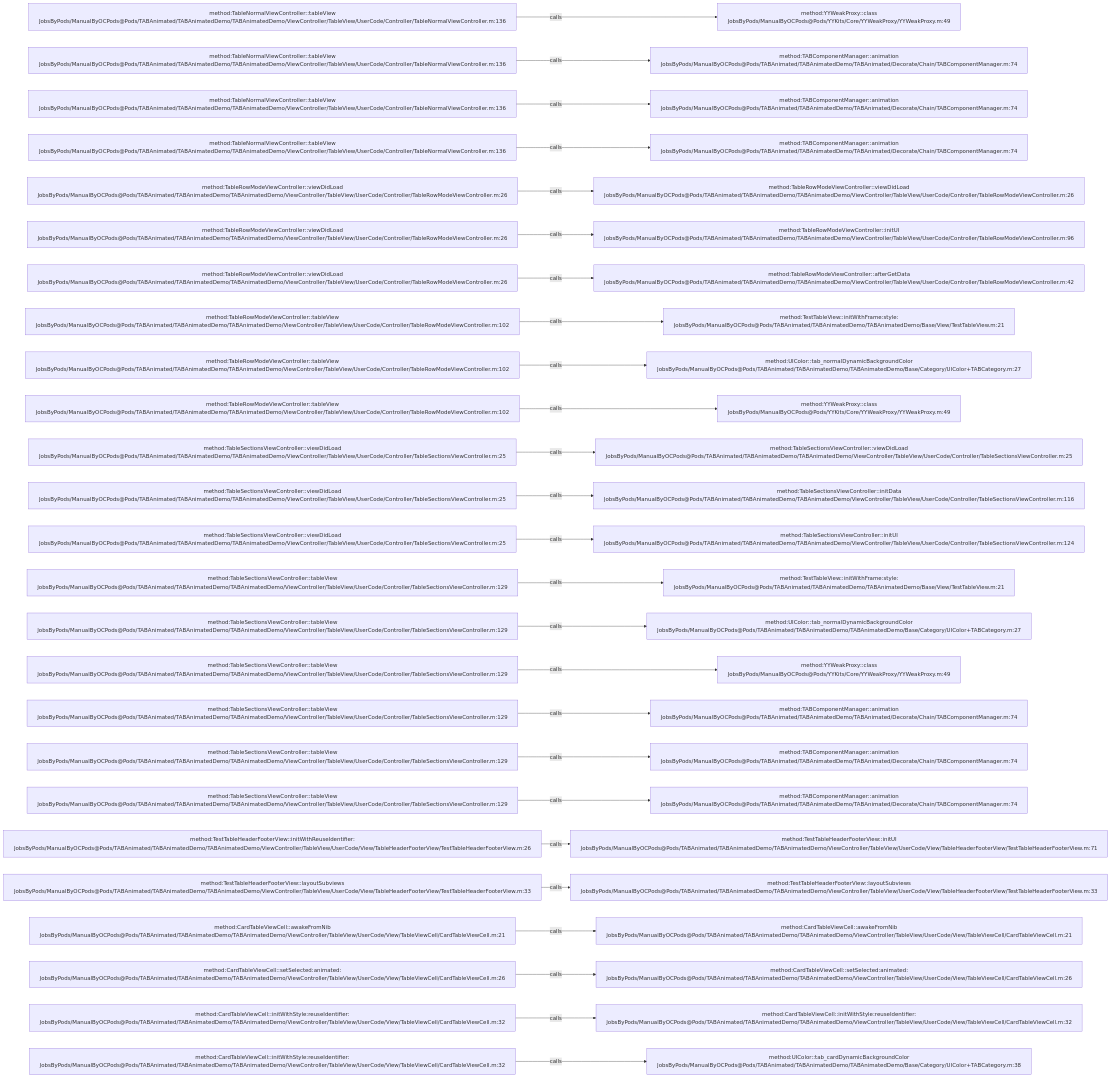
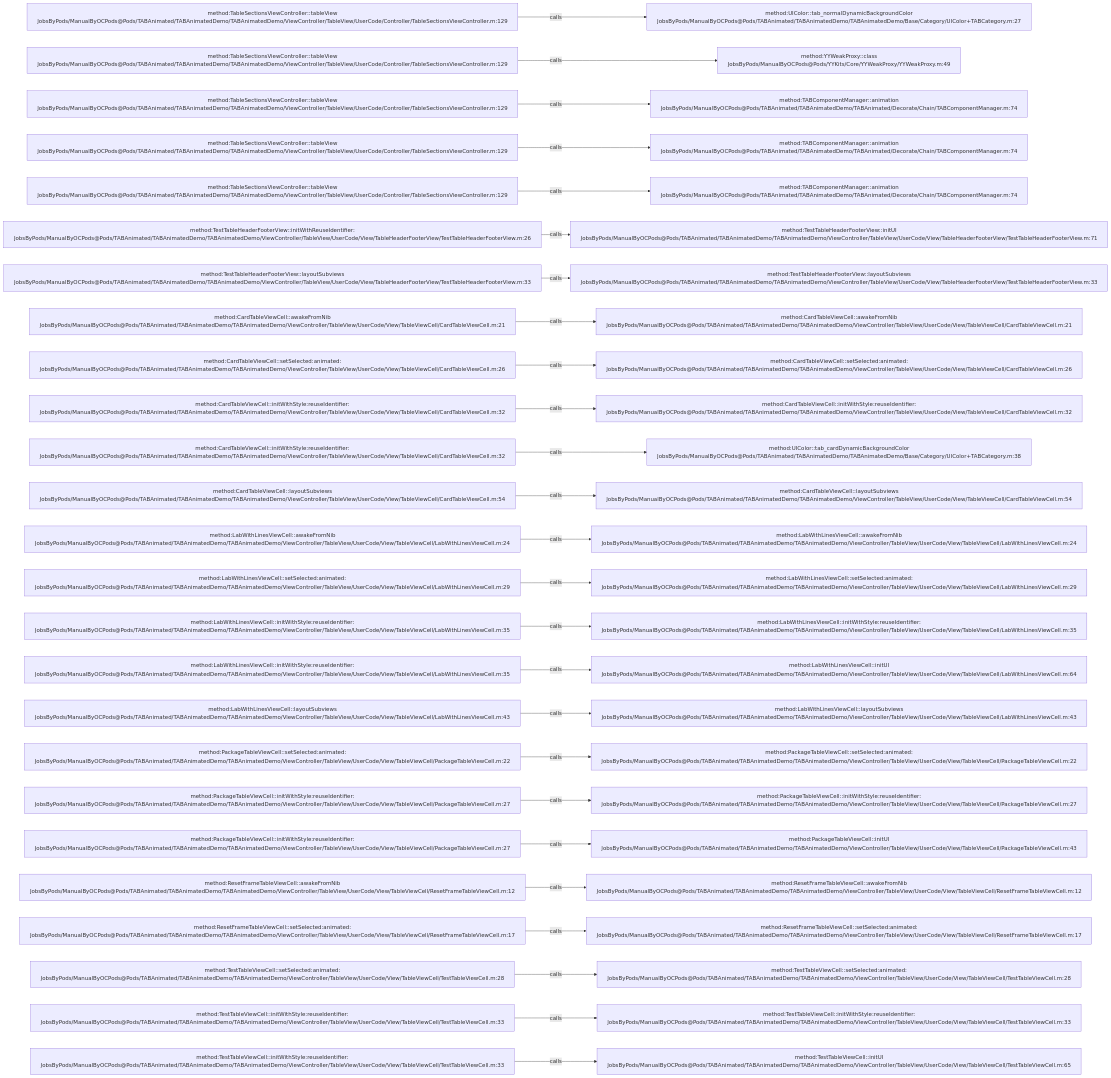
One commit to JobsKits/JobsOCBaseConfigDemo changed the diagram in .codegraph/codegraph.md/graphs/calls-067.md. Above: the diagram before and after it, drawn with Mermaid. The commit also changed 296 other files, not shown here.

````diff
--- a/.codegraph/codegraph.md/graphs/calls-067.md
+++ b/.codegraph/codegraph.md/graphs/calls-067.md
@@ -13,78 +13,78 @@
 ```mermaid
 flowchart LR
-  S1["method:TableNormalViewController::tableView<br/>JobsByPods/ManualByOCPods@Pods/TABAnimated/TABAnimatedDemo/TABAnimatedDemo/ViewController/TableView/UserCode/Controller/TableNormalViewController.m:136"]
-  T1["method:YYWeakProxy::class<br/>JobsByPods/ManualByOCPods@Pods/YYKits/Core/YYWeakProxy/YYWeakProxy.m:49"]
+  S1["method:TableSectionsViewController::tableView<br/>JobsByPods/ManualByOCPods@Pods/TABAnimated/TABAnimatedDemo/TABAnimatedDemo/ViewController/TableView/UserCode/Controller/TableSectionsViewController.m:129"]
+  T1["method:UIColor::tab_normalDynamicBackgroundColor<br/>JobsByPods/ManualByOCPods@Pods/TABAnimated/TABAnimatedDemo/TABAnimatedDemo/Base/Category/UIColor+TABCategory.m:27"]
   S1 -->|calls| T1
-  S2["method:TableNormalViewController::tableView<br/>JobsByPods/ManualByOCPods@Pods/TABAnimated/TABAnimatedDemo/TABAnimatedDemo/ViewController/TableView/UserCode/Controller/TableNormalViewController.m:136"]
-  T2["method:TABComponentManager::animation<br/>JobsByPods/ManualByOCPods@Pods/TABAnimated/TABAnimatedDemo/TABAnimated/Decorate/Chain/TABComponentManager.m:74"]
+  S2["method:TableSectionsViewController::tableView<br/>JobsByPods/ManualByOCPods@Pods/TABAnimated/TABAnimatedDemo/TABAnimatedDemo/ViewController/TableView/UserCode/Controller/TableSectionsViewController.m:129"]
+  T2["method:YYWeakProxy::class<br/>JobsByPods/ManualByOCPods@Pods/YYKits/Core/YYWeakProxy/YYWeakProxy.m:49"]
   S2 -->|calls| T2
-  S3["method:TableNormalViewController::tableView<br/>JobsByPods/ManualByOCPods@Pods/TABAnimated/TABAnimatedDemo/TABAnimatedDemo/ViewController/TableView/UserCode/Controller/TableNormalViewController.m:136"]
+  S3["method:TableSectionsViewController::tableView<br/>JobsByPods/ManualByOCPods@Pods/TABAnimated/TABAnimatedDemo/TABAnimatedDemo/ViewController/TableView/UserCode/Controller/TableSectionsViewController.m:129"]
   T3["method:TABComponentManager::animation<br/>JobsByPods/ManualByOCPods@Pods/TABAnimated/TABAnimatedDemo/TABAnimated/Decorate/Chain/TABComponentManager.m:74"]
   S3 -->|calls| T3
-  S4["method:TableNormalViewController::tableView<br/>JobsByPods/ManualByOCPods@Pods/TABAnimated/TABAnimatedDemo/TABAnimatedDemo/ViewController/TableView/UserCode/Controller/TableNormalViewController.m:136"]
+  S4["method:TableSectionsViewController::tableView<br/>JobsByPods/ManualByOCPods@Pods/TABAnimated/TABAnimatedDemo/TABAnimatedDemo/ViewController/TableView/UserCode/Controller/TableSectionsViewController.m:129"]
   T4["method:TABComponentManager::animation<br/>JobsByPods/ManualByOCPods@Pods/TABAnimated/TABAnimatedDemo/TABAnimated/Decorate/Chain/TABComponentManager.m:74"]
   S4 -->|calls| T4
-  S5["method:TableRowModeViewController::viewDidLoad<br/>JobsByPods/ManualByOCPods@Pods/TABAnimated/TABAnimatedDemo/TABAnimatedDemo/ViewController/TableView/UserCode/Controller/TableRowModeViewController.m:26"]
-  T5["method:TableRowModeViewController::viewDidLoad<br/>JobsByPods/ManualByOCPods@Pods/TABAnimated/TABAnimatedDemo/TABAnimatedDemo/ViewController/TableView/UserCode/Controller/TableRowModeViewController.m:26"]
+  S5["method:TableSectionsViewController::tableView<br/>JobsByPods/ManualByOCPods@Pods/TABAnimated/TABAnimatedDemo/TABAnimatedDemo/ViewController/TableView/UserCode/Controller/TableSectionsViewController.m:129"]
+  T5["method:TABComponentManager::animation<br/>JobsByPods/ManualByOCPods@Pods/TABAnimated/TABAnimatedDemo/TABAnimated/Decorate/Chain/TABComponentManager.m:74"]
   S5 -->|calls| T5
-  S6["method:TableRowModeViewController::viewDidLoad<br/>JobsByPods/ManualByOCPods@Pods/TABAnimated/TABAnimatedDemo/TABAnimatedDemo/ViewController/TableView/UserCode/Controller/TableRowModeViewController.m:26"]
-  T6["method:TableRowModeViewController::initUI<br/>JobsByPods/ManualByOCPods@Pods/TABAnimated/TABAnimatedDemo/TABAnimatedDemo/ViewController/TableView/UserCode/Controller/TableRowModeViewController.m:96"]
+  S6["method:TestTableHeaderFooterView::initWithReuseIdentifier:<br/>JobsByPods/ManualByOCPods@Pods/TABAnimated/TABAnimatedDemo/TABAnimatedDemo/ViewController/TableView/UserCode/View/TableHeaderFooterView/TestTableHeaderFooterView.m:26"]
+  T6["method:TestTableHeaderFooterView::initUI<br/>JobsByPods/ManualByOCPods@Pods/TABAnimated/TABAnimatedDemo/TABAnimatedDemo/ViewController/TableView/UserCode/View/TableHeaderFooterView/TestTableHeaderFooterView.m:71"]
   S6 -->|calls| T6
-  S7["method:TableRowModeViewController::viewDidLoad<br/>JobsByPods/ManualByOCPods@Pods/TABAnimated/TABAnimatedDemo/TABAnimatedDemo/ViewController/TableView/UserCode/Controller/TableRowModeViewController.m:26"]
-  T7["method:TableRowModeViewController::afterGetData<br/>JobsByPods/ManualByOCPods@Pods/TABAnimated/TABAnimatedDemo/TABAnimatedDemo/ViewController/TableView/UserCode/Controller/TableRowModeViewController.m:42"]
+  S7["method:TestTableHeaderFooterView::layoutSubviews<br/>JobsByPods/ManualByOCPods@Pods/TABAnimated/TABAnimatedDemo/TABAnimatedDemo/ViewController/TableView/UserCode/View/TableHeaderFooterView/TestTableHeaderFooterView.m:33"]
+  T7["method:TestTableHeaderFooterView::layoutSubviews<br/>JobsByPods/ManualByOCPods@Pods/TABAnimated/TABAnimatedDemo/TABAnimatedDemo/ViewController/TableView/UserCode/View/TableHeaderFooterView/TestTableHeaderFooterView.m:33"]
   S7 -->|calls| T7
-  S8["method:TableRowModeViewController::tableView<br/>JobsByPods/ManualByOCPods@Pods/TABAnimated/TABAnimatedDemo/TABAnimatedDemo/ViewController/TableView/UserCode/Controller/TableRowModeViewController.m:102"]
-  T8["method:TestTableView::initWithFrame:style:<br/>JobsByPods/ManualByOCPods@Pods/TABAnimated/TABAnimatedDemo/TABAnimatedDemo/Base/View/TestTableView.m:21"]
+  S8["method:CardTableViewCell::awakeFromNib<br/>JobsByPods/ManualByOCPods@Pods/TABAnimated/TABAnimatedDemo/TABAnimatedDemo/ViewController/TableView/UserCode/View/TableViewCell/CardTableViewCell.m:21"]
+  T8["method:CardTableViewCell::awakeFromNib<br/>JobsByPods/ManualByOCPods@Pods/TABAnimated/TABAnimatedDemo/TABAnimatedDemo/ViewController/TableView/UserCode/View/TableViewCell/CardTableViewCell.m:21"]
   S8 -->|calls| T8
-  S9["method:TableRowModeViewController::tableView<br/>JobsByPods/ManualByOCPods@Pods/TABAnimated/TABAnimatedDemo/TABAnimatedDemo/ViewController/TableView/UserCode/Controller/TableRowModeViewController.m:102"]
-  T9["method:UIColor::tab_normalDynamicBackgroundColor<br/>JobsByPods/ManualByOCPods@Pods/TABAnimated/TABAnimatedDemo/TABAnimatedDemo/Base/Category/UIColor+TABCategory.m:27"]
+  S9["method:CardTableViewCell::setSelected:animated:<br/>JobsByPods/ManualByOCPods@Pods/TABAnimated/TABAnimatedDemo/TABAnimatedDemo/ViewController/TableView/UserCode/View/TableViewCell/CardTableViewCell.m:26"]
+  T9["method:CardTableViewCell::setSelected:animated:<br/>JobsByPods/ManualByOCPods@Pods/TABAnimated/TABAnimatedDemo/TABAnimatedDemo/ViewController/TableView/UserCode/View/TableViewCell/CardTableViewCell.m:26"]
   S9 -->|calls| T9
-  S10["method:TableRowModeViewController::tableView<br/>JobsByPods/ManualByOCPods@Pods/TABAnimated/TABAnimatedDemo/TABAnimatedDemo/ViewController/TableView/UserCode/Controller/TableRowModeViewController.m:102"]
-  T10["method:YYWeakProxy::class<br/>JobsByPods/ManualByOCPods@Pods/YYKits/Core/YYWeakProxy/YYWeakProxy.m:49"]
+  S10["method:CardTableViewCell::initWithStyle:reuseIdentifier:<br/>JobsByPods/ManualByOCPods@Pods/TABAnimated/TABAnimatedDemo/TABAnimatedDemo/ViewController/TableView/UserCode/View/TableViewCell/CardTableViewCell.m:32"]
+  T10["method:CardTableViewCell::initWithStyle:reuseIdentifier:<br/>JobsByPods/ManualByOCPods@Pods/TABAnimated/TABAnimatedDemo/TABAnimatedDemo/ViewController/TableView/UserCode/View/TableViewCell/CardTableViewCell.m:32"]
   S10 -->|calls| T10
-  S11["method:TableSectionsViewController::viewDidLoad<br/>JobsByPods/ManualByOCPods@Pods/TABAnimated/TABAnimatedDemo/TABAnimatedDemo/ViewController/TableView/UserCode/Controller/TableSectionsViewController.m:25"]
-  T11["method:TableSectionsViewController::viewDidLoad<br/>JobsByPods/ManualByOCPods@Pods/TABAnimated/TABAnimatedDemo/TABAnimatedDemo/ViewController/TableView/UserCode/Controller/TableSectionsViewController.m:25"]
+  S11["method:CardTableViewCell::initWithStyle:reuseIdentifier:<br/>JobsByPods/ManualByOCPods@Pods/TABAnimated/TABAnimatedDemo/TABAnimatedDemo/ViewController/TableView/UserCode/View/TableViewCell/CardTableViewCell.m:32"]
+  T11["method:UIColor::tab_cardDynamicBackgroundColor<br/>JobsByPods/ManualByOCPods@Pods/TABAnimated/TABAnimatedDemo/TABAnimatedDemo/Base/Category/UIColor+TABCategory.m:38"]
   S11 -->|calls| T11
-  S12["method:TableSectionsViewController::viewDidLoad<br/>JobsByPods/ManualByOCPods@Pods/TABAnimated/TABAnimatedDemo/TABAnimatedDemo/ViewController/TableView/UserCode/Controller/TableSectionsViewController.m:25"]
-  T12["method:TableSectionsViewController::initData<br/>JobsByPods/ManualByOCPods@Pods/TABAnimated/TABAnimatedDemo/TABAnimatedDemo/ViewController/TableView/UserCode/Controller/TableSectionsViewController.m:116"]
+  S12["method:CardTableViewCell::layoutSubviews<br/>JobsByPods/ManualByOCPods@Pods/TABAnimated/TABAnimatedDemo/TABAnimatedDemo/ViewController/TableView/UserCode/View/TableViewCell/CardTableViewCell.m:54"]
+  T12["method:CardTableViewCell::layoutSubviews<br/>JobsByPods/ManualByOCPods@Pods/TABAnimated/TABAnimatedDemo/TABAnimatedDemo/ViewController/TableView/UserCode/View/TableViewCell/CardTableViewCell.m:54"]
   S12 -->|calls| T12
-  S13["method:TableSectionsViewController::viewDidLoad<br/>JobsByPods/ManualByOCPods@Pods/TABAnimated/TABAnimatedDemo/TABAnimatedDemo/ViewController/TableView/UserCode/Controller/TableSectionsViewController.m:25"]
-  T13["method:TableSectionsViewController::initUI<br/>JobsByPods/ManualByOCPods@Pods/TABAnimated/TABAnimatedDemo/TABAnimatedDemo/ViewController/TableView/UserCode/Controller/TableSectionsViewController.m:124"]
+  S13["method:LabWithLinesViewCell::awakeFromNib<br/>JobsByPods/ManualByOCPods@Pods/TABAnimated/TABAnimatedDemo/TABAnimatedDemo/ViewController/TableView/UserCode/View/TableViewCell/LabWithLinesViewCell.m:24"]
+  T13["method:LabWithLinesViewCell::awakeFromNib<br/>JobsByPods/ManualByOCPods@Pods/TABAnimated/TABAnimatedDemo/TABAnimatedDemo/ViewController/TableView/UserCode/View/TableViewCell/LabWithLinesViewCell.m:24"]
   S13 -->|calls| T13
-  S14["method:TableSectionsViewController::tableView<br/>JobsByPods/ManualByOCPods@Pods/TABAnimated/TABAnimatedDemo/TABAnimatedDemo/ViewController/TableView/UserCode/Controller/TableSectionsViewController.m:129"]
-  T14["method:TestTableView::initWithFrame:style:<br/>JobsByPods/ManualByOCPods@Pods/TABAnimated/TABAnimatedDemo/TABAnimatedDemo/Base/View/TestTableView.m:21"]
+  S14["method:LabWithLinesViewCell::setSelected:animated:<br/>JobsByPods/ManualByOCPods@Pods/TABAnimated/TABAnimatedDemo/TABAnimatedDemo/ViewController/TableView/UserCode/View/TableViewCell/LabWithLinesViewCell.m:29"]
+  T14["method:LabWithLinesViewCell::setSelected:animated:<br/>JobsByPods/ManualByOCPods@Pods/TABAnimated/TABAnimatedDemo/TABAnimatedDemo/ViewController/TableView/UserCode/View/TableViewCell/LabWithLinesViewCell.m:29"]
   S14 -->|calls| T14
-  S15["method:TableSectionsViewController::tableView<br/>JobsByPods/ManualByOCPods@Pods/TABAnimated/TABAnimatedDemo/TABAnimatedDemo/ViewController/TableView/UserCode/Controller/TableSectionsViewController.m:129"]
-  T15["method:UIColor::tab_normalDynamicBackgroundColor<br/>JobsByPods/ManualByOCPods@Pods/TABAnimated/TABAnimatedDemo/TABAnimatedDemo/Base/Category/UIColor+TABCategory.m:27"]
+  S15["method:LabWithLinesViewCell::initWithStyle:reuseIdentifier:<br/>JobsByPods/ManualByOCPods@Pods/TABAnimated/TABAnimatedDemo/TABAnimatedDemo/ViewController/TableView/UserCode/View/TableViewCell/LabWithLinesViewCell.m:35"]
+  T15["method:LabWithLinesViewCell::initWithStyle:reuseIdentifier:<br/>JobsByPods/ManualByOCPods@Pods/TABAnimated/TABAnimatedDemo/TABAnimatedDemo/ViewController/TableView/UserCode/View/TableViewCell/LabWithLinesViewCell.m:35"]
   S15 -->|calls| T15
-  S16["method:TableSectionsViewController::tableView<br/>JobsByPods/ManualByOCPods@Pods/TABAnimated/TABAnimatedDemo/TABAnimatedDemo/ViewController/TableView/UserCode/Controller/TableSectionsViewController.m:129"]
-  T16["method:YYWeakProxy::class<br/>JobsByPods/ManualByOCPods@Pods/YYKits/Core/YYWeakProxy/YYWeakProxy.m:49"]
+  S16["method:LabWithLinesViewCell::initWithStyle:reuseIdentifier:<br/>JobsByPods/ManualByOCPods@Pods/TABAnimated/TABAnimatedDemo/TABAnimatedDemo/ViewController/TableView/UserCode/View/TableViewCell/LabWithLinesViewCell.m:35"]
+  T16["method:LabWithLinesViewCell::initUI<br/>JobsByPods/ManualByOCPods@Pods/TABAnimated/TABAnimatedDemo/TABAnimatedDemo/ViewController/TableView/UserCode/View/TableViewCell/LabWithLinesViewCell.m:64"]
   S16 -->|calls| T16
-  S17["method:TableSectionsViewController::tableView<br/>JobsByPods/ManualByOCPods@Pods/TABAnimated/TABAnimatedDemo/TABAnimatedDemo/ViewController/TableView/UserCode/Controller/TableSectionsViewController.m:129"]
-  T17["method:TABComponentManager::animation<br/>JobsByPods/ManualByOCPods@Pods/TABAnimated/TABAnimatedDemo/TABAnimated/Decorate/Chain/TABComponentManager.m:74"]
+  S17["method:LabWithLinesViewCell::layoutSubviews<br/>JobsByPods/ManualByOCPods@Pods/TABAnimated/TABAnimatedDemo/TABAnimatedDemo/ViewController/TableView/UserCode/View/TableViewCell/LabWithLinesViewCell.m:43"]
+  T17["method:LabWithLinesViewCell::layoutSubviews<br/>JobsByPods/ManualByOCPods@Pods/TABAnimated/TABAnimatedDemo/TABAnimatedDemo/ViewController/TableView/UserCode/View/TableViewCell/LabWithLinesViewCell.m:43"]
   S17 -->|calls| T17
-  S18["method:TableSectionsViewController::tableView<br/>JobsByPods/ManualByOCPods@Pods/TABAnimated/TABAnimatedDemo/TABAnimatedDemo/ViewController/TableView/UserCode/Controller/TableSectionsViewController.m:129"]
-  T18["method:TABComponentManager::animation<br/>JobsByPods/ManualByOCPods@Pods/TABAnimated/TABAnimatedDemo/TABAnimated/Decorate/Chain/TABComponentManager.m:74"]
+  S18["method:PackageTableViewCell::setSelected:animated:<br/>JobsByPods/ManualByOCPods@Pods/TABAnimated/TABAnimatedDemo/TABAnimatedDemo/ViewController/TableView/UserCode/View/TableViewCell/PackageTableViewCell.m:22"]
+  T18["method:PackageTableViewCell::setSelected:animated:<br/>JobsByPods/ManualByOCPods@Pods/TABAnimated/TABAnimatedDemo/TABAnimatedDemo/ViewController/TableView/UserCode/View/TableViewCell/PackageTableViewCell.m:22"]
   S18 -->|calls| T18
-  S19["method:TableSectionsViewController::tableView<br/>JobsByPods/ManualByOCPods@Pods/TABAnimated/TABAnimatedDemo/TABAnimatedDemo/ViewController/TableView/UserCode/Controller/TableSectionsViewController.m:129"]
-  T19["method:TABComponentManager::animation<br/>JobsByPods/ManualByOCPods@Pods/TABAnimated/TABAnimatedDemo/TABAnimated/Decorate/Chain/TABComponentManager.m:74"]
+  S19["method:PackageTableViewCell::initWithStyle:reuseIdentifier:<br/>JobsByPods/ManualByOCPods@Pods/TABAnimated/TABAnimatedDemo/TABAnimatedDemo/ViewController/TableView/UserCode/View/TableViewCell/PackageTableViewCell.m:27"]
+  T19["method:PackageTableViewCell::initWithStyle:reuseIdentifier:<br/>JobsByPods/ManualByOCPods@Pods/TABAnimated/TABAnimatedDemo/TABAnimatedDemo/ViewController/TableView/UserCode/View/TableViewCell/PackageTableViewCell.m:27"]
   S19 -->|calls| T19
-  S20["method:TestTableHeaderFooterView::initWithReuseIdentifier:<br/>JobsByPods/ManualByOCPods@Pods/TABAnimated/TABAnimatedDemo/TABAnimatedDemo/ViewController/TableView/UserCode/View/TableHeaderFooterView/TestTableHeaderFooterView.m:26"]
-  T20["method:TestTableHeaderFooterView::initUI<br/>JobsByPods/ManualByOCPods@Pods/TABAnimated/TABAnimatedDemo/TABAnimatedDemo/ViewController/TableView/UserCode/View/TableHeaderFooterView/TestTableHeaderFooterView.m:71"]
+  S20["method:PackageTableViewCell::initWithStyle:reuseIdentifier:<br/>JobsByPods/ManualByOCPods@Pods/TABAnimated/TABAnimatedDemo/TABAnimatedDemo/ViewController/TableView/UserCode/View/TableViewCell/PackageTableViewCell.m:27"]
+  T20["method:PackageTableViewCell::initUI<br/>JobsByPods/ManualByOCPods@Pods/TABAnimated/TABAnimatedDemo/TABAnimatedDemo/ViewController/TableView/UserCode/View/TableViewCell/PackageTableViewCell.m:43"]
   S20 -->|calls| T20
-  S21["method:TestTableHeaderFooterView::layoutSubviews<br/>JobsByPods/ManualByOCPods@Pods/TABAnimated/TABAnimatedDemo/TABAnimatedDemo/ViewController/TableView/UserCode/View/TableHeaderFooterView/TestTableHeaderFooterView.m:33"]
-  T21["method:TestTableHeaderFooterView::layoutSubviews<br/>JobsByPods/ManualByOCPods@Pods/TABAnimated/TABAnimatedDemo/TABAnimatedDemo/ViewController/TableView/UserCode/View/TableHeaderFooterView/TestTableHeaderFooterView.m:33"]
+  S21["method:ResetFrameTableViewCell::awakeFromNib<br/>JobsByPods/ManualByOCPods@Pods/TABAnimated/TABAnimatedDemo/TABAnimatedDemo/ViewController/TableView/UserCode/View/TableViewCell/ResetFrameTableViewCell.m:12"]
+  T21["method:ResetFrameTableViewCell::awakeFromNib<br/>JobsByPods/ManualByOCPods@Pods/TABAnimated/TABAnimatedDemo/TABAnimatedDemo/ViewController/TableView/UserCode/View/TableViewCell/ResetFrameTableViewCell.m:12"]
   S21 -->|calls| T21
-  S22["method:CardTableViewCell::awakeFromNib<br/>JobsByPods/ManualByOCPods@Pods/TABAnimated/TABAnimatedDemo/TABAnimatedDemo/ViewController/TableView/UserCode/View/TableViewCell/CardTableViewCell.m:21"]
-  T22["method:CardTableViewCell::awakeFromNib<br/>JobsByPods/ManualByOCPods@Pods/TABAnimated/TABAnimatedDemo/TABAnimatedDemo/ViewController/TableView/UserCode/View/TableViewCell/CardTableViewCell.m:21"]
+  S22["method:ResetFrameTableViewCell::setSelected:animated:<br/>JobsByPods/ManualByOCPods@Pods/TABAnimated/TABAnimatedDemo/TABAnimatedDemo/ViewController/TableView/UserCode/View/TableViewCell/ResetFrameTableViewCell.m:17"]
+  T22["method:ResetFrameTableViewCell::setSelected:animated:<br/>JobsByPods/ManualByOCPods@Pods/TABAnimated/TABAnimatedDemo/TABAnimatedDemo/ViewController/TableView/UserCode/View/TableViewCell/ResetFrameTableViewCell.m:17"]
   S22 -->|calls| T22
-  S23["method:CardTableViewCell::setSelected:animated:<br/>JobsByPods/ManualByOCPods@Pods/TABAnimated/TABAnimatedDemo/TABAnimatedDemo/ViewController/TableView/UserCode/View/TableViewCell/CardTableViewCell.m:26"]
-  T23["method:CardTableViewCell::setSelected:animated:<br/>JobsByPods/ManualByOCPods@Pods/TABAnimated/TABAnimatedDemo/TABAnimatedDemo/ViewController/TableView/UserCode/View/TableViewCell/CardTableViewCell.m:26"]
+  S23["method:TestTableViewCell::setSelected:animated:<br/>JobsByPods/ManualByOCPods@Pods/TABAnimated/TABAnimatedDemo/TABAnimatedDemo/ViewController/TableView/UserCode/View/TableViewCell/TestTableViewCell.m:28"]
+  T23["method:TestTableViewCell::setSelected:animated:<br/>JobsByPods/ManualByOCPods@Pods/TABAnimated/TABAnimatedDemo/TABAnimatedDemo/ViewController/TableView/UserCode/View/TableViewCell/TestTableViewCell.m:28"]
   S23 -->|calls| T23
-  S24["method:CardTableViewCell::initWithStyle:reuseIdentifier:<br/>JobsByPods/ManualByOCPods@Pods/TABAnimated/TABAnimatedDemo/TABAnimatedDemo/ViewController/TableView/UserCode/View/TableViewCell/CardTableViewCell.m:32"]
-  T24["method:CardTableViewCell::initWithStyle:reuseIdentifier:<br/>JobsByPods/ManualByOCPods@Pods/TABAnimated/TABAnimatedDemo/TABAnimatedDemo/ViewController/TableView/UserCode/View/TableViewCell/CardTableViewCell.m:32"]
+  S24["method:TestTableViewCell::initWithStyle:reuseIdentifier:<br/>JobsByPods/ManualByOCPods@Pods/TABAnimated/TABAnimatedDemo/TABAnimatedDemo/ViewController/TableView/UserCode/View/TableViewCell/TestTableViewCell.m:33"]
+  T24["method:TestTableViewCell::initWithStyle:reuseIdentifier:<br/>JobsByPods/ManualByOCPods@Pods/TABAnimated/TABAnimatedDemo/TABAnimatedDemo/ViewController/TableView/UserCode/View/TableViewCell/TestTableViewCell.m:33"]
   S24 -->|calls| T24
-  S25["method:CardTableViewCell::initWithStyle:reuseIdentifier:<br/>JobsByPods/ManualByOCPods@Pods/TABAnimated/TABAnimatedDemo/TABAnimatedDemo/ViewController/TableView/UserCode/View/TableViewCell/CardTableViewCell.m:32"]
-  T25["method:UIColor::tab_cardDynamicBackgroundColor<br/>JobsByPods/ManualByOCPods@Pods/TABAnimated/TABAnimatedDemo/TABAnimatedDemo/Base/Category/UIColor+TABCategory.m:38"]
+  S25["method:TestTableViewCell::initWithStyle:reuseIdentifier:<br/>JobsByPods/ManualByOCPods@Pods/TABAnimated/TABAnimatedDemo/TABAnimatedDemo/ViewController/TableView/UserCode/View/TableViewCell/TestTableViewCell.m:33"]
+  T25["method:TestTableViewCell::initUI<br/>JobsByPods/ManualByOCPods@Pods/TABAnimated/TABAnimatedDemo/TABAnimatedDemo/ViewController/TableView/UserCode/View/TableViewCell/TestTableViewCell.m:65"]
   S25 -->|calls| T25
 ```
````
